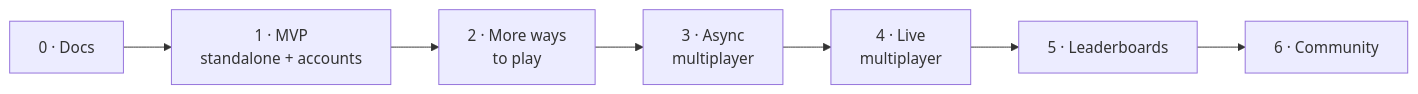
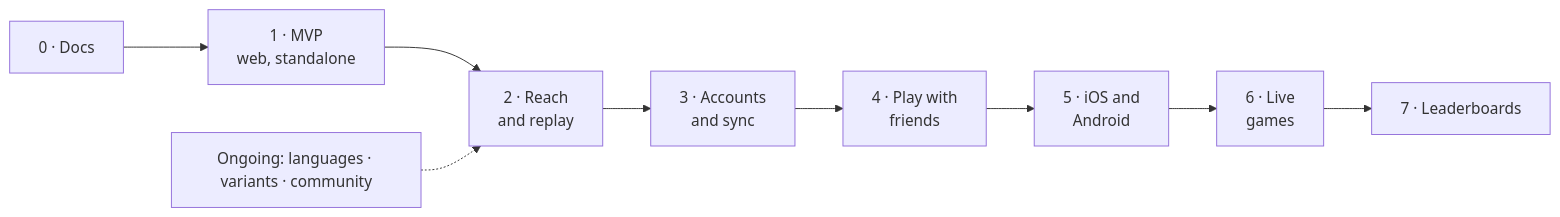
Before and after one commit to Alfredo-Moreira/Ouril: the diagram in docs/product/roadmap.md, drawn with Mermaid. The commit also changed other lines of this file and 266 other files, not shown here.

First line of the commit message:
feat: Ouril MVP on the web

````diff
--- a/docs/product/roadmap.md
+++ b/docs/product/roadmap.md
@@ -7,9 +7,11 @@
 ```mermaid
 flowchart LR
-  P0[0 · Docs] --> P1[1 · MVP<br/>standalone + accounts]
-  P1 --> P2[2 · More ways<br/>to play]
-  P2 --> P3[3 · Async<br/>multiplayer]
-  P3 --> P4[4 · Live<br/>multiplayer]
-  P4 --> P5[5 · Leaderboards]
-  P5 --> P6[6 · Community]
+  P0[0 · Docs] --> P1[1 · MVP<br/>web, standalone]
+  P1 --> P2[2 · Reach<br/>and replay]
+  P2 --> P3[3 · Accounts<br/>and sync]
+  P3 --> P4[4 · Play with<br/>friends]
+  P4 --> P5[5 · iOS and<br/>Android]
+  P5 --> P6[6 · Live<br/>games]
+  P6 --> P7[7 · Leaderboards]
+  ON[Ongoing: languages · variants · community] -.-> P2
 ```
````
